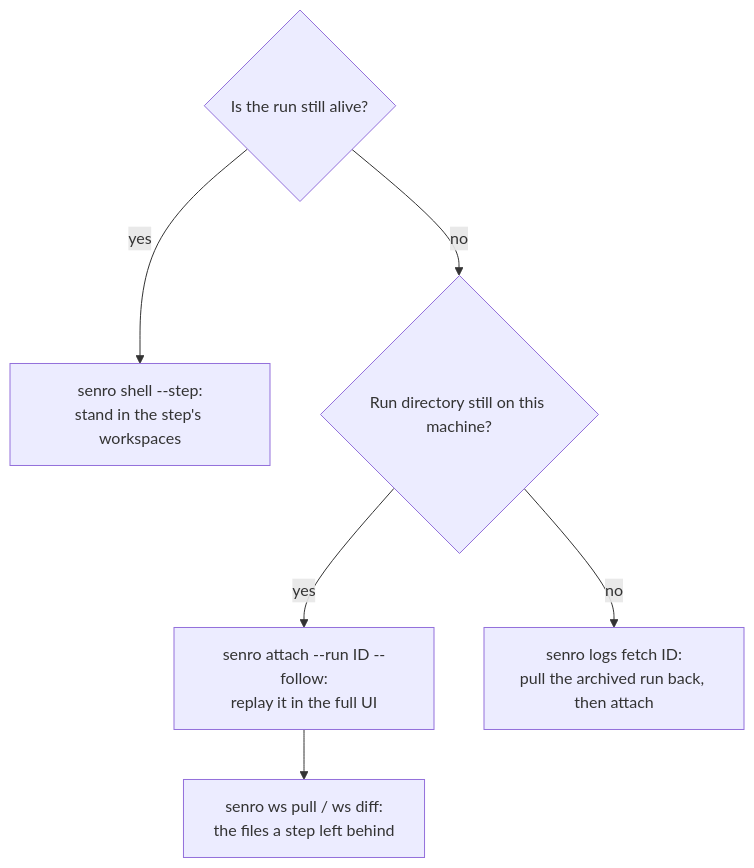
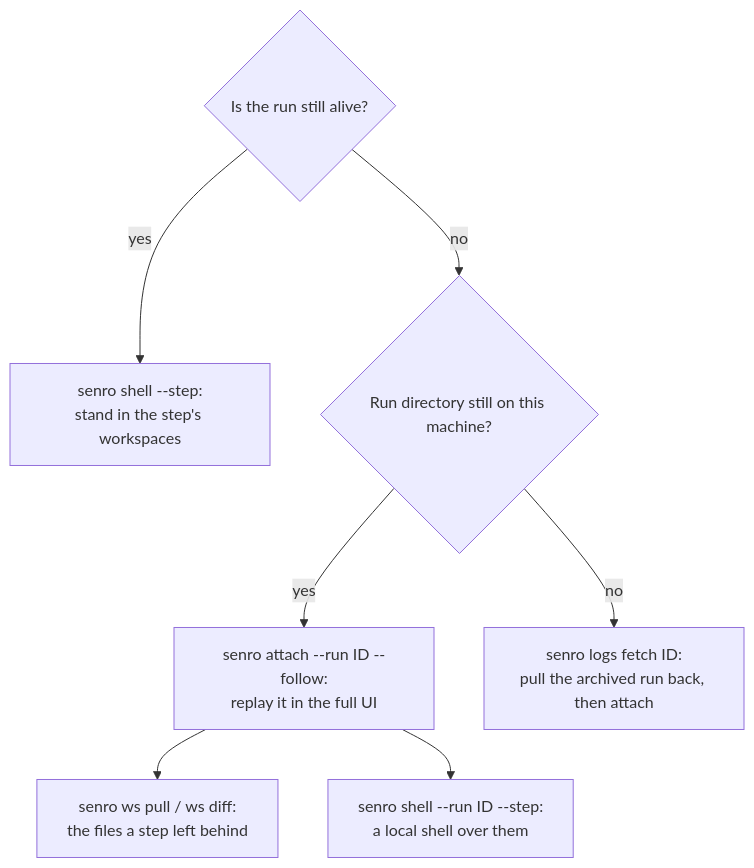
Before and after one commit to xavidop/senro: the diagram in site/src/pages/docs/run/debugging.md, drawn with Mermaid. The commit also changed other lines of this file and 11 other files, not shown here.

Commit message:
docs: services, senro up, break on failure and the offline shell

````diff
--- a/site/src/pages/docs/run/debugging.md
+++ b/site/src/pages/docs/run/debugging.md
@@ -117,8 +117,9 @@
 ```mermaid
 flowchart TD
   Q{Is the run still alive?} -- yes --> S["senro shell --step:<br>stand in the step's workspaces"]
   Q -- no --> D{Run directory still on this machine?}
   D -- yes --> A["senro attach --run ID --follow:<br>replay it in the full UI"]
   D -- no --> F["senro logs fetch ID:<br>pull the archived run back, then attach"]
   A --> W["senro ws pull / ws diff:<br>the files a step left behind"]
+  A --> O["senro shell --run ID --step:<br>a local shell over them"]
 ```
````
